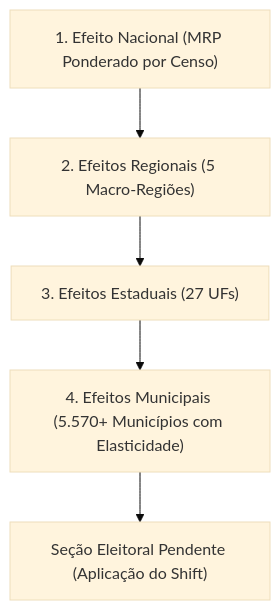
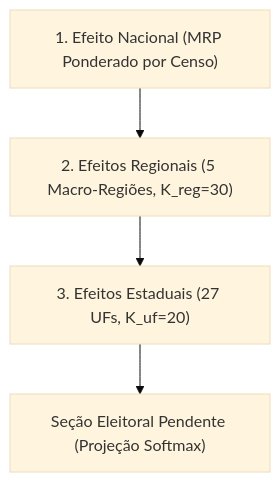
Before and after one commit to alexcamargos/horizonte_eleitoral: the first of 2 diagrams in docs/METODOLOGIA_ESTATISTICA.md, drawn with Mermaid (base theme). The commit also changed other lines of this file, not shown here.

````diff
--- a/docs/METODOLOGIA_ESTATISTICA.md
+++ b/docs/METODOLOGIA_ESTATISTICA.md
@@ -68,7 +96,6 @@
 ```mermaid
 graph TD
-    NAT["1. Efeito Nacional (MRP Ponderado por Censo)"] --> REG["2. Efeitos Regionais (5 Macro-Regiões)"]
-    REG --> UF["3. Efeitos Estaduais (27 UFs)"]
-    UF --> MUNI["4. Efeitos Municipais (5.570+ Municípios com Elasticidade)"]
-    MUNI --> SEC["Seção Eleitoral Pendente (Aplicação do Shift)"]
+    NAT["1. Efeito Nacional (MRP Ponderado por Censo)"] --> REG["2. Efeitos Regionais (5 Macro-Regiões, K_reg=30)"]
+    REG --> UF["3. Efeitos Estaduais (27 UFs, K_uf=20)"]
+    UF --> SEC["Seção Eleitoral Pendente (Projeção Softmax)"]
 ```
````
